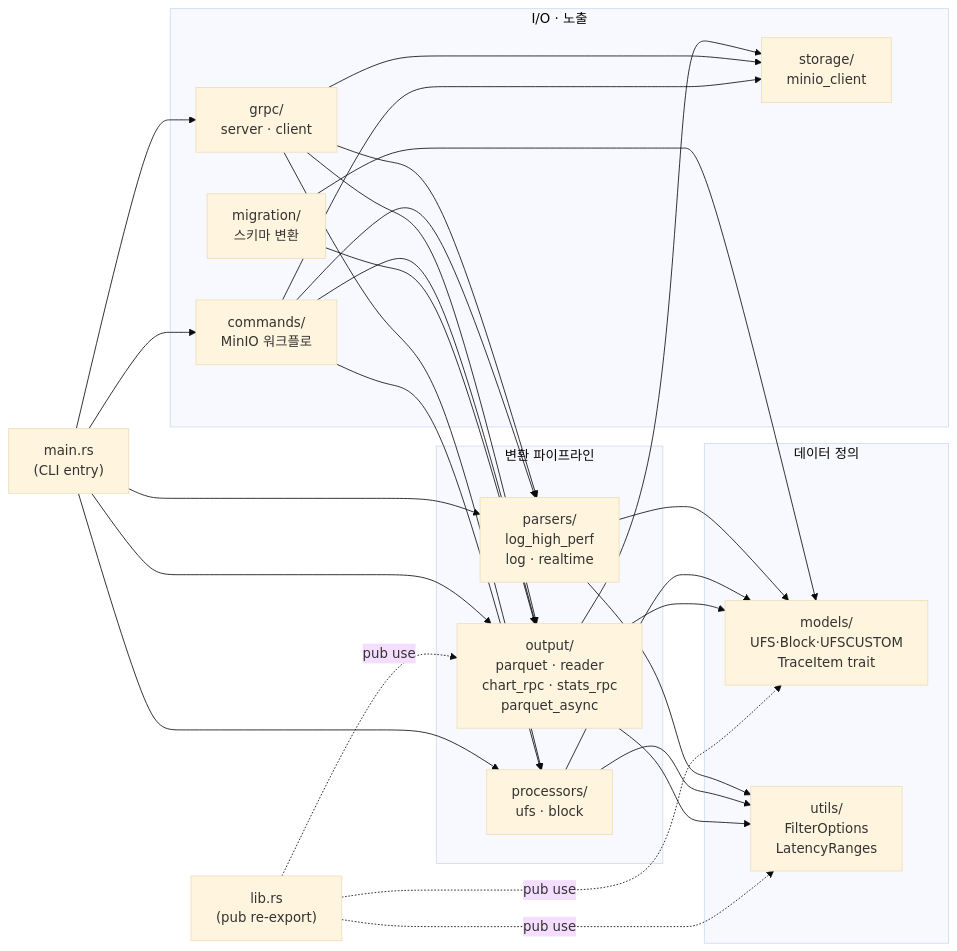
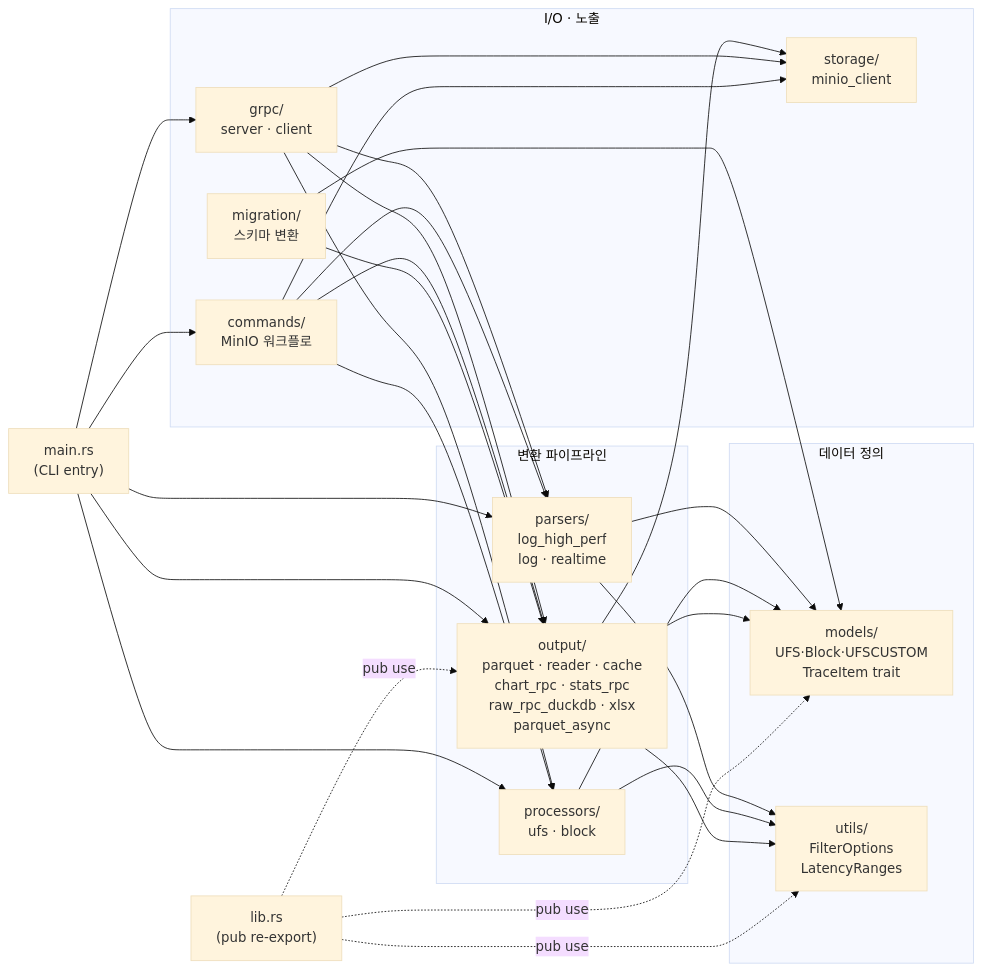
Before and after one commit to kakaromo/kakaromo.github.io: the diagram in src/content/docs/learn/l2-trace-rust/01-architecture.mdx, drawn with Mermaid (base theme). The commit also changed other lines of this file and 5 other files, not shown here.

````diff
--- a/src/content/docs/learn/l2-trace-rust/01-architecture.mdx
+++ b/src/content/docs/learn/l2-trace-rust/01-architecture.mdx
@@ -39,54 +39,54 @@
 ```mermaid
 flowchart LR
     main["main.rs<br/>(CLI entry)"]
     lib["lib.rs<br/>(pub re-export)"]
 
     subgraph data["데이터 정의"]
         models["models/<br/>UFS·Block·UFSCUSTOM<br/>TraceItem trait"]
         utils["utils/<br/>FilterOptions<br/>LatencyRanges"]
     end
 
     subgraph pipeline["변환 파이프라인"]
         parsers["parsers/<br/>log_high_perf<br/>log · realtime"]
         processors["processors/<br/>ufs · block"]
-        output["output/<br/>parquet · reader<br/>chart_rpc · stats_rpc<br/>parquet_async"]
+        output["output/<br/>parquet · reader · cache<br/>chart_rpc · stats_rpc<br/>raw_rpc_duckdb · xlsx<br/>parquet_async"]
     end
 
     subgraph io["I/O · 노출"]
         storage["storage/<br/>minio_client"]
         grpc["grpc/<br/>server · client"]
         commands["commands/<br/>MinIO 워크플로"]
         migration["migration/<br/>스키마 변환"]
     end
 
     main --> commands
     main --> grpc
     main --> parsers
     main --> processors
     main --> output
 
     parsers --> models
     parsers --> utils
     processors --> models
     processors --> utils
     output --> models
     output --> utils
 
     output --> storage
     grpc --> output
     grpc --> parsers
     grpc --> processors
     grpc --> storage
 
     commands --> parsers
     commands --> processors
     commands --> output
     commands --> storage
 
     migration --> output
     migration --> models
 
     lib -. pub use .-> models
     lib -. pub use .-> utils
     lib -. pub use .-> output
 ```
````
